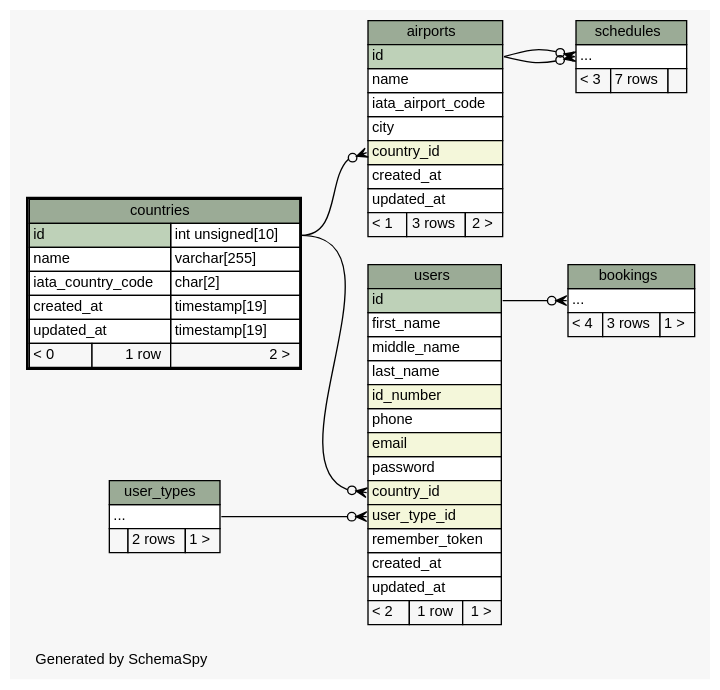
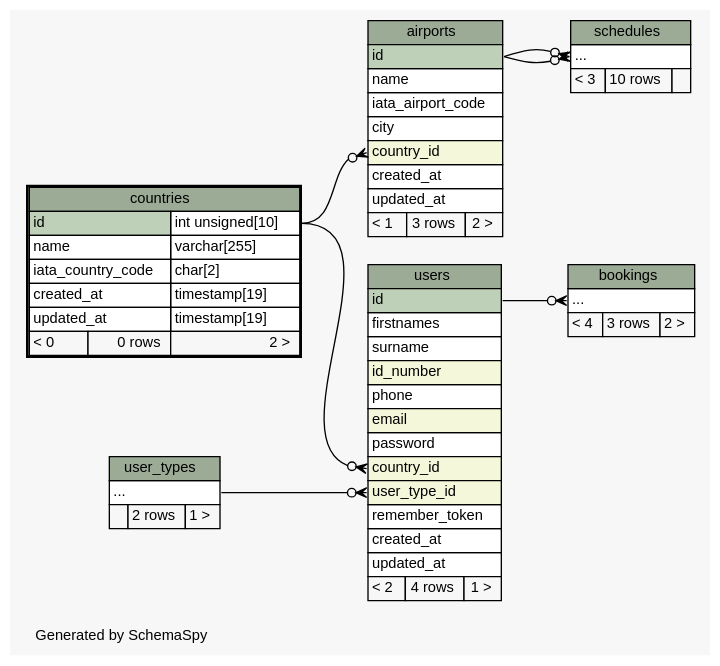
Before and after one commit to joaonzangoII/flightbookingsystem: the diagram in web/app/database/schema/diagrams/countries.2degrees.dot, drawn with Graphviz. The commit also changed 441 other files, not shown here.

```diff
--- a/web/app/database/schema/diagrams/countries.2degrees.dot
+++ b/web/app/database/schema/diagrams/countries.2degrees.dot
@@ -1,110 +1,109 @@
-// dot 2.38.0 on Linux 4.8.0-49-generic
+// dot 2.38.0 on Linux 4.10.0-21-generic
 // SchemaSpy rev 590
 digraph "twoDegreesRelationshipsDiagram" {
   graph [
     rankdir="RL"
     bgcolor="#f7f7f7"
     label="\nGenerated by SchemaSpy"
     labeljust="l"
     nodesep="0.18"
     ranksep="0.46"
     fontname="Helvetica"
     fontsize="11"
   ];
   node [
     fontname="Helvetica"
     fontsize="11"
     shape="plaintext"
   ];
   edge [
     arrowsize="0.8"
   ];
   "airports":"country_id":w -> "countries":"id.type":e [arrowhead=none dir=back arrowtail=crowodot];
   "bookings":"elipses":w -> "users":"id":e [arrowhead=none dir=back arrowtail=crowodot];
   "schedules":"elipses":w -> "airports":"id":e [arrowhead=none dir=back arrowtail=crowodot];
   "schedules":"elipses":w -> "airports":"id":e [arrowhead=none dir=back arrowtail=crowodot];
   "users":"country_id":w -> "countries":"id.type":e [arrowhead=none dir=back arrowtail=crowodot];
   "users":"user_type_id":w -> "user_types":"elipses":e [arrowhead=none dir=back arrowtail=crowodot];
   "airports" [
     label=<
     <TABLE BORDER="0" CELLBORDER="1" CELLSPACING="0" BGCOLOR="#ffffff">
       <TR><TD COLSPAN="3" BGCOLOR="#9bab96" ALIGN="CENTER">airports</TD></TR>
       <TR><TD PORT="id" COLSPAN="3" BGCOLOR="#bed1b8" ALIGN="LEFT">id</TD></TR>
       <TR><TD PORT="name" COLSPAN="3" ALIGN="LEFT">name</TD></TR>
       <TR><TD PORT="iata_airport_code" COLSPAN="3" ALIGN="LEFT">iata_airport_code</TD></TR>
       <TR><TD PORT="city" COLSPAN="3" ALIGN="LEFT">city</TD></TR>
       <TR><TD PORT="country_id" COLSPAN="3" BGCOLOR="#f4f7da" ALIGN="LEFT">country_id</TD></TR>
       <TR><TD PORT="created_at" COLSPAN="3" ALIGN="LEFT">created_at</TD></TR>
       <TR><TD PORT="updated_at" COLSPAN="3" ALIGN="LEFT">updated_at</TD></TR>
       <TR><TD ALIGN="LEFT" BGCOLOR="#f7f7f7">&lt; 1</TD><TD ALIGN="RIGHT" BGCOLOR="#f7f7f7">3 rows</TD><TD ALIGN="RIGHT" BGCOLOR="#f7f7f7">2 &gt;</TD></TR>
     </TABLE>>
     URL="airports.html"
     tooltip="airports"
   ];
   "bookings" [
     label=<
     <TABLE BORDER="0" CELLBORDER="1" CELLSPACING="0" BGCOLOR="#ffffff">
       <TR><TD COLSPAN="3" BGCOLOR="#9bab96" ALIGN="CENTER">bookings</TD></TR>
       <TR><TD PORT="elipses" COLSPAN="3" ALIGN="LEFT">...</TD></TR>
-      <TR><TD ALIGN="LEFT" BGCOLOR="#f7f7f7">&lt; 4</TD><TD ALIGN="RIGHT" BGCOLOR="#f7f7f7">3 rows</TD><TD ALIGN="RIGHT" BGCOLOR="#f7f7f7">1 &gt;</TD></TR>
+      <TR><TD ALIGN="LEFT" BGCOLOR="#f7f7f7">&lt; 4</TD><TD ALIGN="RIGHT" BGCOLOR="#f7f7f7">3 rows</TD><TD ALIGN="RIGHT" BGCOLOR="#f7f7f7">2 &gt;</TD></TR>
     </TABLE>>
     URL="bookings.html"
     tooltip="bookings"
   ];
   "countries" [
     label=<
     <TABLE BORDER="2" CELLBORDER="1" CELLSPACING="0" BGCOLOR="#ffffff">
       <TR><TD COLSPAN="3" BGCOLOR="#9bab96" ALIGN="CENTER">countries</TD></TR>
       <TR><TD PORT="id" COLSPAN="2" BGCOLOR="#bed1b8" ALIGN="LEFT">id</TD><TD PORT="id.type" ALIGN="LEFT">int unsigned[10]</TD></TR>
       <TR><TD PORT="name" COLSPAN="2" ALIGN="LEFT">name</TD><TD PORT="name.type" ALIGN="LEFT">varchar[255]</TD></TR>
       <TR><TD PORT="iata_country_code" COLSPAN="2" ALIGN="LEFT">iata_country_code</TD><TD PORT="iata_country_code.type" ALIGN="LEFT">char[2]</TD></TR>
       <TR><TD PORT="created_at" COLSPAN="2" ALIGN="LEFT">created_at</TD><TD PORT="created_at.type" ALIGN="LEFT">timestamp[19]</TD></TR>
       <TR><TD PORT="updated_at" COLSPAN="2" ALIGN="LEFT">updated_at</TD><TD PORT="updated_at.type" ALIGN="LEFT">timestamp[19]</TD></TR>
-      <TR><TD ALIGN="LEFT" BGCOLOR="#f7f7f7">&lt; 0</TD><TD ALIGN="RIGHT" BGCOLOR="#f7f7f7">1 row</TD><TD ALIGN="RIGHT" BGCOLOR="#f7f7f7">2 &gt;</TD></TR>
+      <TR><TD ALIGN="LEFT" BGCOLOR="#f7f7f7">&lt; 0</TD><TD ALIGN="RIGHT" BGCOLOR="#f7f7f7">0 rows</TD><TD ALIGN="RIGHT" BGCOLOR="#f7f7f7">2 &gt;</TD></TR>
     </TABLE>>
     URL="countries.html"
     tooltip="countries"
   ];
   "schedules" [
     label=<
     <TABLE BORDER="0" CELLBORDER="1" CELLSPACING="0" BGCOLOR="#ffffff">
       <TR><TD COLSPAN="3" BGCOLOR="#9bab96" ALIGN="CENTER">schedules</TD></TR>
       <TR><TD PORT="elipses" COLSPAN="3" ALIGN="LEFT">...</TD></TR>
-      <TR><TD ALIGN="LEFT" BGCOLOR="#f7f7f7">&lt; 3</TD><TD ALIGN="RIGHT" BGCOLOR="#f7f7f7">7 rows</TD><TD ALIGN="RIGHT" BGCOLOR="#f7f7f7">  </TD></TR>
+      <TR><TD ALIGN="LEFT" BGCOLOR="#f7f7f7">&lt; 3</TD><TD ALIGN="RIGHT" BGCOLOR="#f7f7f7">10 rows</TD><TD ALIGN="RIGHT" BGCOLOR="#f7f7f7">  </TD></TR>
     </TABLE>>
     URL="schedules.html"
     tooltip="schedules"
   ];
   "user_types" [
     label=<
     <TABLE BORDER="0" CELLBORDER="1" CELLSPACING="0" BGCOLOR="#ffffff">
       <TR><TD COLSPAN="3" BGCOLOR="#9bab96" ALIGN="CENTER">user_types</TD></TR>
       <TR><TD PORT="elipses" COLSPAN="3" ALIGN="LEFT">...</TD></TR>
       <TR><TD ALIGN="LEFT" BGCOLOR="#f7f7f7">  </TD><TD ALIGN="RIGHT" BGCOLOR="#f7f7f7">2 rows</TD><TD ALIGN="RIGHT" BGCOLOR="#f7f7f7">1 &gt;</TD></TR>
     </TABLE>>
     URL="user_types.html"
     tooltip="user_types"
   ];
   "users" [
     label=<
     <TABLE BORDER="0" CELLBORDER="1" CELLSPACING="0" BGCOLOR="#ffffff">
       <TR><TD COLSPAN="3" BGCOLOR="#9bab96" ALIGN="CENTER">users</TD></TR>
       <TR><TD PORT="id" COLSPAN="3" BGCOLOR="#bed1b8" ALIGN="LEFT">id</TD></TR>
-      <TR><TD PORT="first_name" COLSPAN="3" ALIGN="LEFT">first_name</TD></TR>
-      <TR><TD PORT="middle_name" COLSPAN="3" ALIGN="LEFT">middle_name</TD></TR>
-      <TR><TD PORT="last_name" COLSPAN="3" ALIGN="LEFT">last_name</TD></TR>
+      <TR><TD PORT="firstnames" COLSPAN="3" ALIGN="LEFT">firstnames</TD></TR>
+      <TR><TD PORT="surname" COLSPAN="3" ALIGN="LEFT">surname</TD></TR>
       <TR><TD PORT="id_number" COLSPAN="3" BGCOLOR="#f4f7da" ALIGN="LEFT">id_number</TD></TR>
       <TR><TD PORT="phone" COLSPAN="3" ALIGN="LEFT">phone</TD></TR>
       <TR><TD PORT="email" COLSPAN="3" BGCOLOR="#f4f7da" ALIGN="LEFT">email</TD></TR>
       <TR><TD PORT="password" COLSPAN="3" ALIGN="LEFT">password</TD></TR>
       <TR><TD PORT="country_id" COLSPAN="3" BGCOLOR="#f4f7da" ALIGN="LEFT">country_id</TD></TR>
       <TR><TD PORT="user_type_id" COLSPAN="3" BGCOLOR="#f4f7da" ALIGN="LEFT">user_type_id</TD></TR>
       <TR><TD PORT="remember_token" COLSPAN="3" ALIGN="LEFT">remember_token</TD></TR>
       <TR><TD PORT="created_at" COLSPAN="3" ALIGN="LEFT">created_at</TD></TR>
       <TR><TD PORT="updated_at" COLSPAN="3" ALIGN="LEFT">updated_at</TD></TR>
-      <TR><TD ALIGN="LEFT" BGCOLOR="#f7f7f7">&lt; 2</TD><TD ALIGN="RIGHT" BGCOLOR="#f7f7f7">1 row</TD><TD ALIGN="RIGHT" BGCOLOR="#f7f7f7">1 &gt;</TD></TR>
+      <TR><TD ALIGN="LEFT" BGCOLOR="#f7f7f7">&lt; 2</TD><TD ALIGN="RIGHT" BGCOLOR="#f7f7f7">4 rows</TD><TD ALIGN="RIGHT" BGCOLOR="#f7f7f7">1 &gt;</TD></TR>
     </TABLE>>
     URL="users.html"
     tooltip="users"
   ];
 }
```
